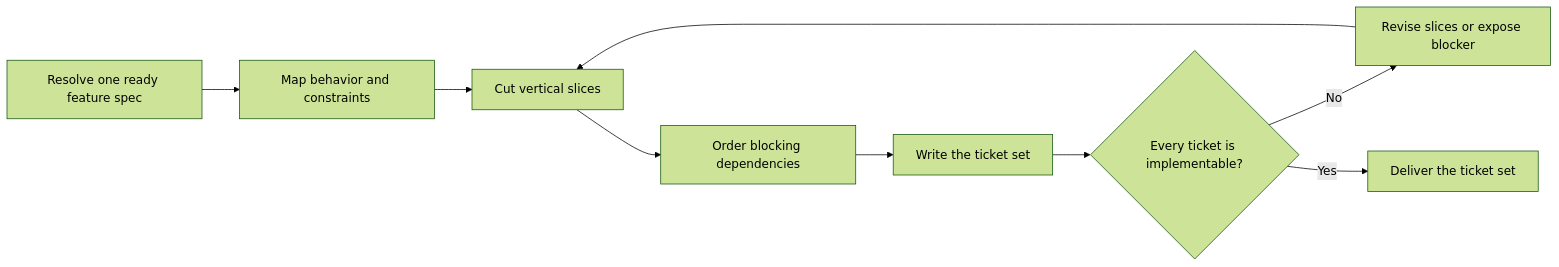
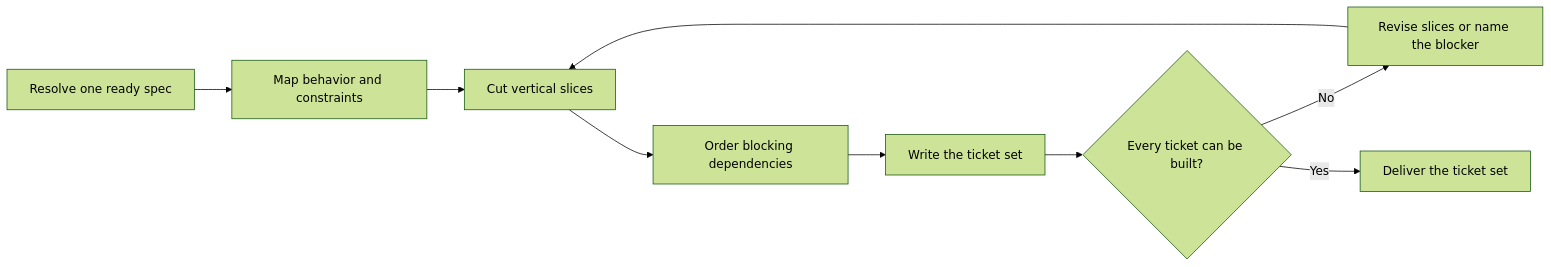
Before and after one commit to fam-tung-lam/ptlam-agent-plugin: the diagram in plugin/skills/ptlam-planning-tickets/SKILL.md, drawn with Mermaid (forest theme). The commit also changed other lines of this file and 1734 other files, not shown here.

````diff
--- a/plugin/skills/ptlam-planning-tickets/SKILL.md
+++ b/plugin/skills/ptlam-planning-tickets/SKILL.md
@@ -12,11 +12,11 @@
 ```mermaid
 flowchart LR
-    ResolveSpec["Resolve one ready feature spec"] --> MapBehavior["Map behavior and constraints"]
+    ResolveSpec["Resolve one ready spec"] --> MapBehavior["Map behavior and constraints"]
     MapBehavior --> SliceVertically["Cut vertical slices"]
     SliceVertically --> OrderDependencies["Order blocking dependencies"]
     OrderDependencies --> WriteTicketSet["Write the ticket set"]
-    WriteTicketSet --> VerifyTickets{"Every ticket is implementable?"}
-    VerifyTickets -->|"No"| ReviseSlices["Revise slices or expose blocker"]
+    WriteTicketSet --> VerifyTickets{"Every ticket can be built?"}
+    VerifyTickets -->|"No"| ReviseSlices["Revise slices or name the blocker"]
     ReviseSlices --> SliceVertically
     VerifyTickets -->|"Yes"| DeliverTickets["Deliver the ticket set"]
 ```
````
